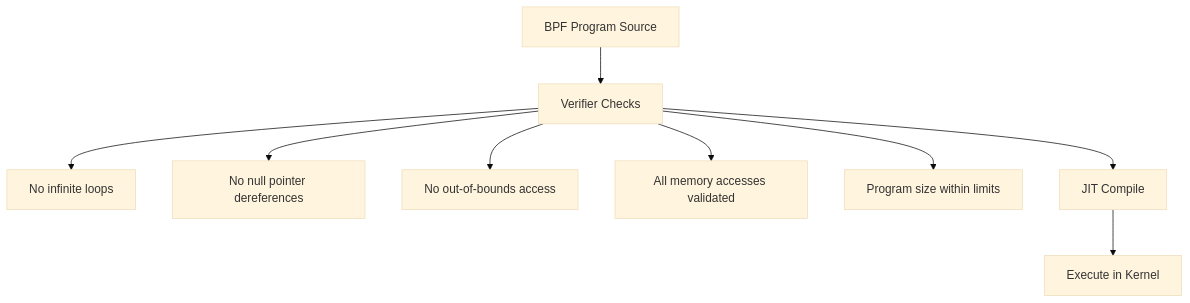
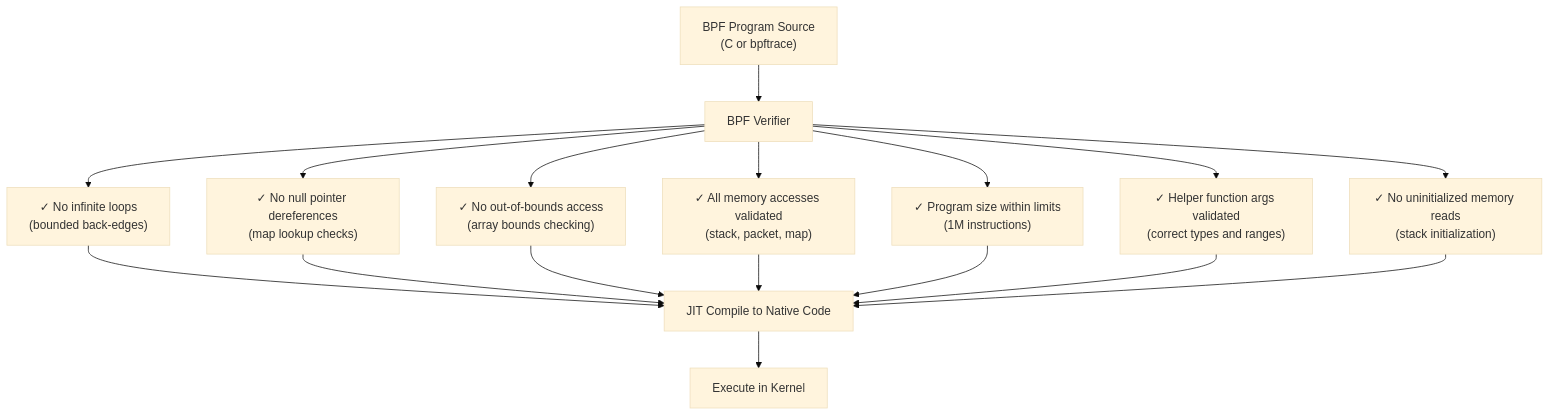
Before and after one commit to Abhinav-Kumar012/lb2: the third of 3 diagrams in src/observability/bpf-bpftrace.md, drawn with Mermaid (base theme). The commit also changed other lines of this file and 1 other file, not shown here.

Commit message:
Expand bpf-bpftrace.md: BPF map types, map operations, bpftrace syntax reference, one-liners, BCC tools, real-world recipes, libbpf examples

````diff
--- a/src/observability/bpf-bpftrace.md
+++ b/src/observability/bpf-bpftrace.md
@@ -308,11 +584,19 @@
 ```mermaid
 graph TD
-    SRC["BPF Program Source"] --> VER["Verifier Checks"]
-    VER --> C1["No infinite loops"]
-    VER --> C2["No null pointer dereferences"]
-    VER --> C3["No out-of-bounds access"]
-    VER --> C4["All memory accesses validated"]
-    VER --> C5["Program size within limits"]
-    VER --> JIT["JIT Compile"]
-    JIT --> RUN["Execute in Kernel"]
+    SRC["BPF Program Source<br/>(C or bpftrace)"] --> VER["BPF Verifier"]
+    VER --> C1["✓ No infinite loops<br/>(bounded back-edges)"]
+    VER --> C2["✓ No null pointer dereferences<br/>(map lookup checks)"]
+    VER --> C3["✓ No out-of-bounds access<br/>(array bounds checking)"]
+    VER --> C4["✓ All memory accesses validated<br/>(stack, packet, map)"]
+    VER --> C5["✓ Program size within limits<br/>(1M instructions)"]
+    VER --> C6["✓ Helper function args validated<br/>(correct types and ranges)"]
+    VER --> C7["✓ No uninitialized memory reads<br/>(stack initialization)"]
+    C1 --> JIT
+    C2 --> JIT
+    C3 --> JIT
+    C4 --> JIT
+    C5 --> JIT
+    C6 --> JIT
+    C7 --> JIT
+    JIT["JIT Compile to Native Code"] --> RUN["Execute in Kernel"]
 ```
````
